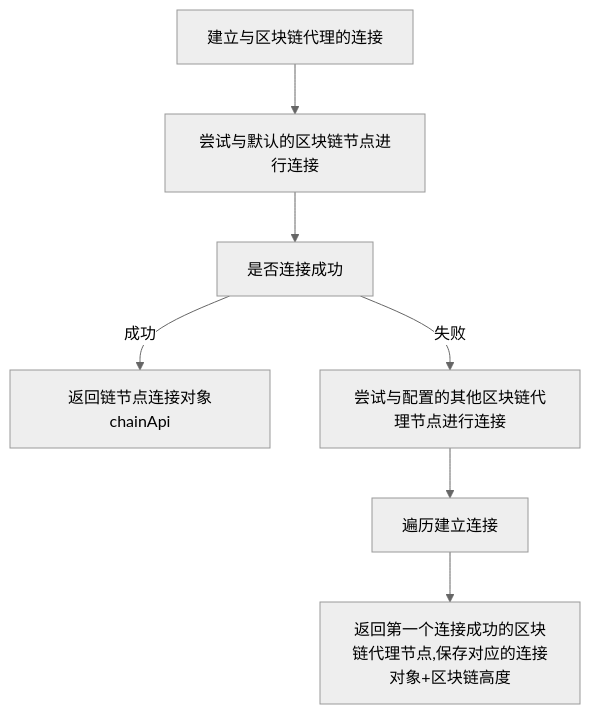
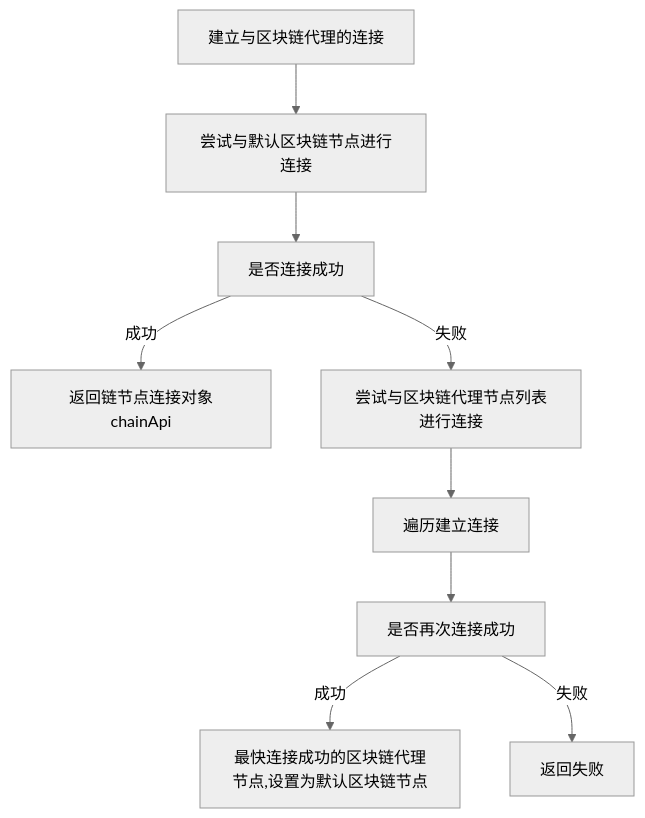
Before and after one commit to dcnetio/web-dc-api: the first of 6 diagrams in 初始化逻辑.md, drawn with Mermaid (neutral theme). The commit also changed other lines of this file, not shown here.

````diff
--- a/初始化逻辑.md
+++ b/初始化逻辑.md
@@ -3,7 +5,8 @@
 ```mermaid
 graph TD
-建立与区块链代理的连接--> 尝试与默认的区块链节点进行连接 --> 是否连接成功
+建立与区块链代理的连接--> 尝试与默认区块链节点进行连接 --> 是否连接成功
 是否连接成功 -- 成功 -->返回链节点连接对象chainApi
-是否连接成功 -- 失败 --> 尝试与配置的其他区块链代理节点进行连接 --> 遍历建立连接
-遍历建立连接 --> 返回第一个连接成功的区块链代理节点,保存对应的连接对象+区块链高度
+是否连接成功 -- 失败 --> 尝试与区块链代理节点列表进行连接 --> 遍历建立连接 --> 是否再次连接成功
+是否再次连接成功 -- 成功 --> 最快连接成功的区块链代理节点,设置为默认区块链节点
+是否再次连接成功 -- 失败 --> 返回失败
 ```
````
